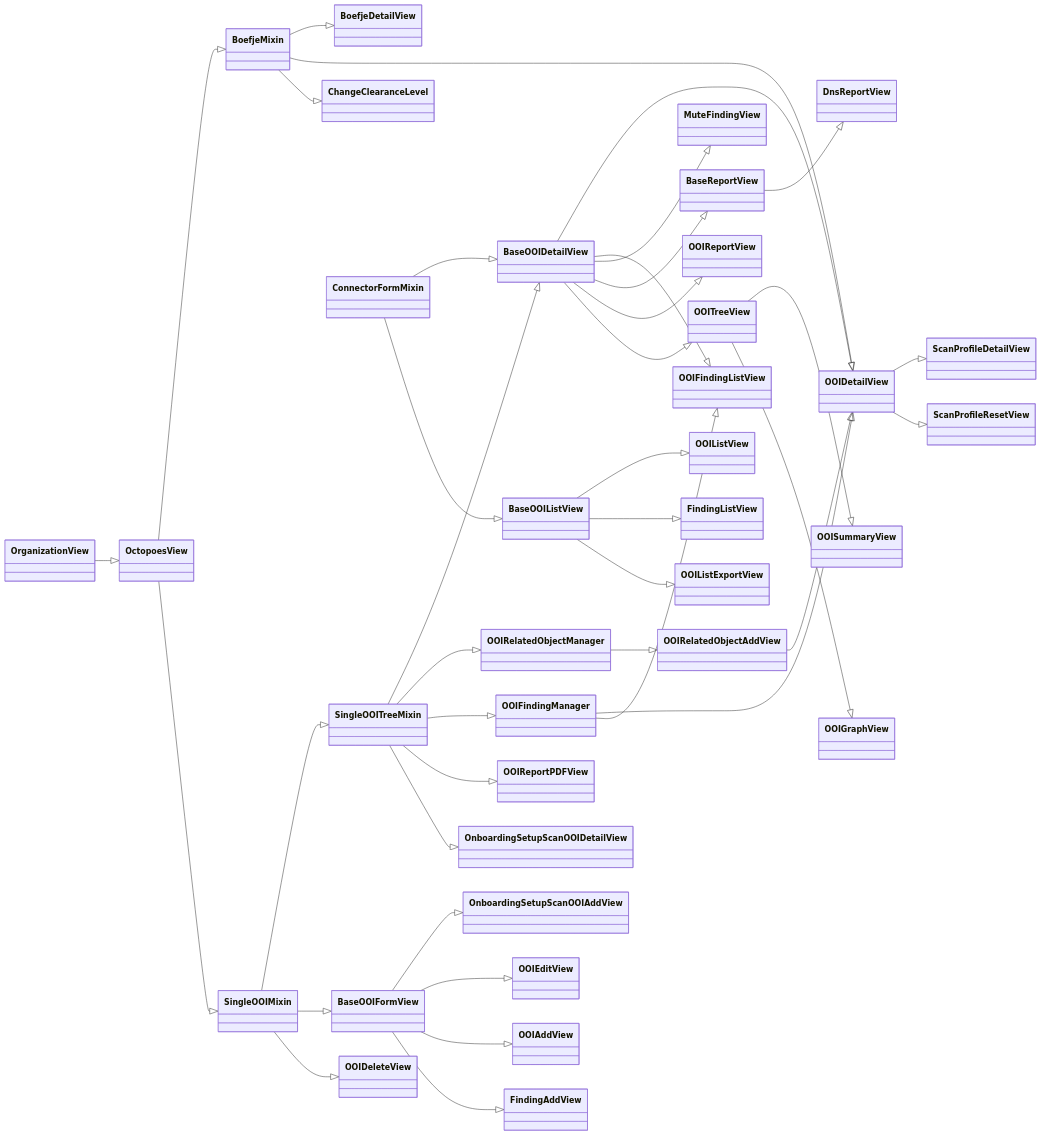
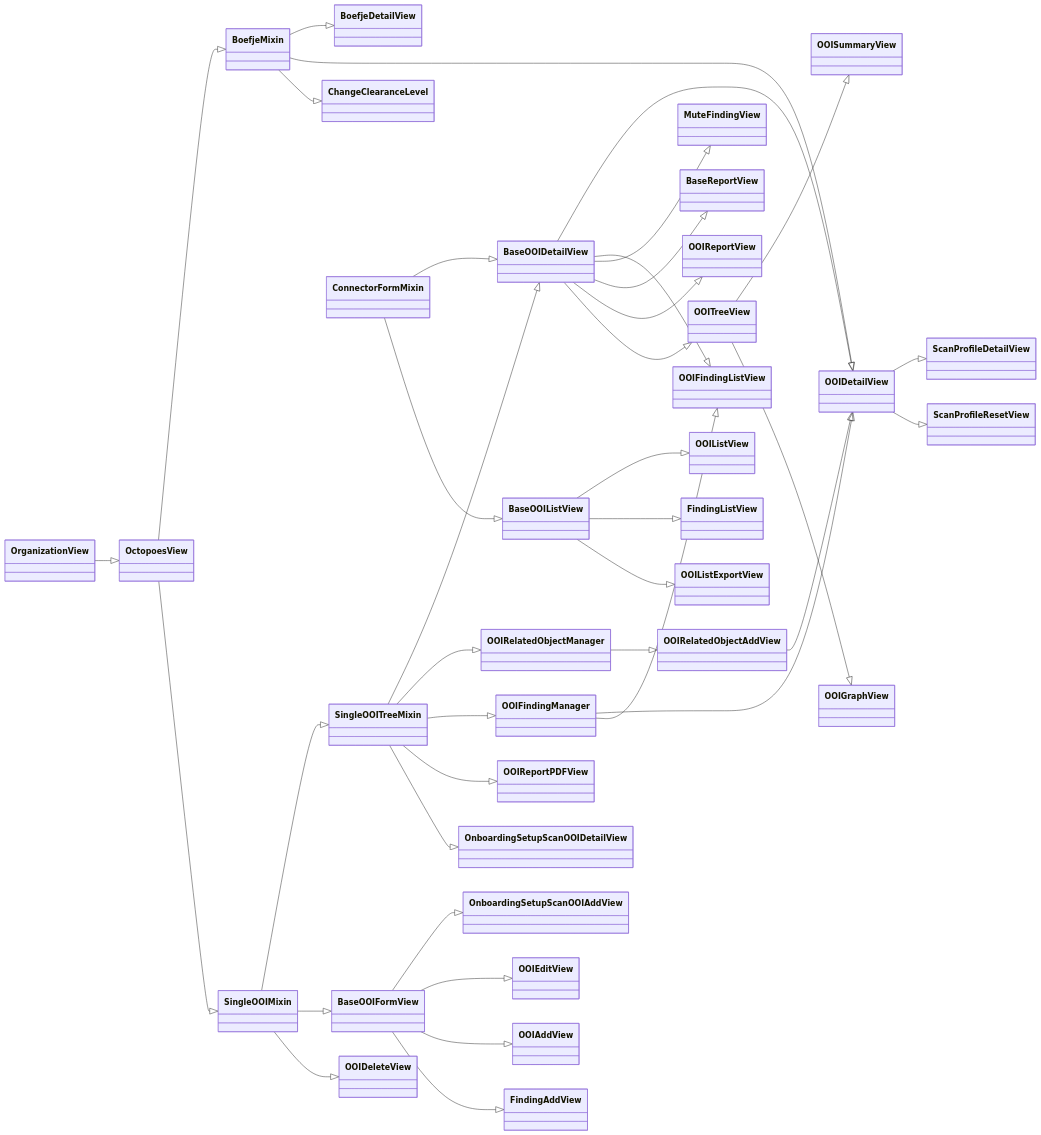
The third of 4 diagrams in docs/source/developer_documentation/rocky.md (minvws/nl-kat-coordination), drawn with Mermaid before and after one commit. The commit also changed 3 other files, not shown here.

````diff
--- a/docs/source/developer_documentation/rocky.md
+++ b/docs/source/developer_documentation/rocky.md
@@ -162,56 +162,55 @@
 ```{mermaid}
 classDiagram
 direction RL
     class OrganizationView
     class OctopoesView
     class BoefjeMixin
 
     OctopoesView <|-- OrganizationView
 
     BoefjeMixin <|-- OctopoesView
     BoefjeDetailView <|-- BoefjeMixin
     OOIDetailView <|-- BoefjeMixin
     OOIDetailView <|-- OOIRelatedObjectAddView
     OOIDetailView <|-- OOIFindingManager
     ChangeClearanceLevel <|-- BoefjeMixin
 
     SingleOOIMixin <|-- OctopoesView
     SingleOOITreeMixin <|-- SingleOOIMixin
 
     BaseOOIDetailView <|-- SingleOOITreeMixin
     BaseOOIDetailView <|-- ConnectorFormMixin
     OOIDetailView <|-- BaseOOIDetailView
     OOIFindingListView <|-- OOIFindingManager
     OOIFindingListView <|-- BaseOOIDetailView
     MuteFindingView <|-- BaseOOIDetailView
     BaseReportView <|-- BaseOOIDetailView
-    DnsReportView <|-- BaseReportView
 
     OOIReportView <|-- BaseOOIDetailView
     OOITreeView <|-- BaseOOIDetailView
     OOISummaryView <|-- OOITreeView
     OOIGraphView <|-- OOITreeView
 
     OOIRelatedObjectManager <|-- SingleOOITreeMixin
     OOIFindingManager <|-- SingleOOITreeMixin
     OOIRelatedObjectAddView <|-- OOIRelatedObjectManager
 
     OOIReportPDFView <|-- SingleOOITreeMixin
     OnboardingSetupScanOOIDetailView <|-- SingleOOITreeMixin
 
     BaseOOIFormView <|-- SingleOOIMixin
     OOIDeleteView <|-- SingleOOIMixin
 
     OnboardingSetupScanOOIAddView <|-- BaseOOIFormView
     OOIEditView <|-- BaseOOIFormView
     OOIAddView <|-- BaseOOIFormView
     FindingAddView <|-- BaseOOIFormView
 
     BaseOOIListView <|-- ConnectorFormMixin
     OOIListView <|-- BaseOOIListView
     FindingListView <|-- BaseOOIListView
     OOIListExportView <|-- BaseOOIListView
 
     ScanProfileDetailView <|-- OOIDetailView
     ScanProfileResetView <|-- OOIDetailView
 ```
````
